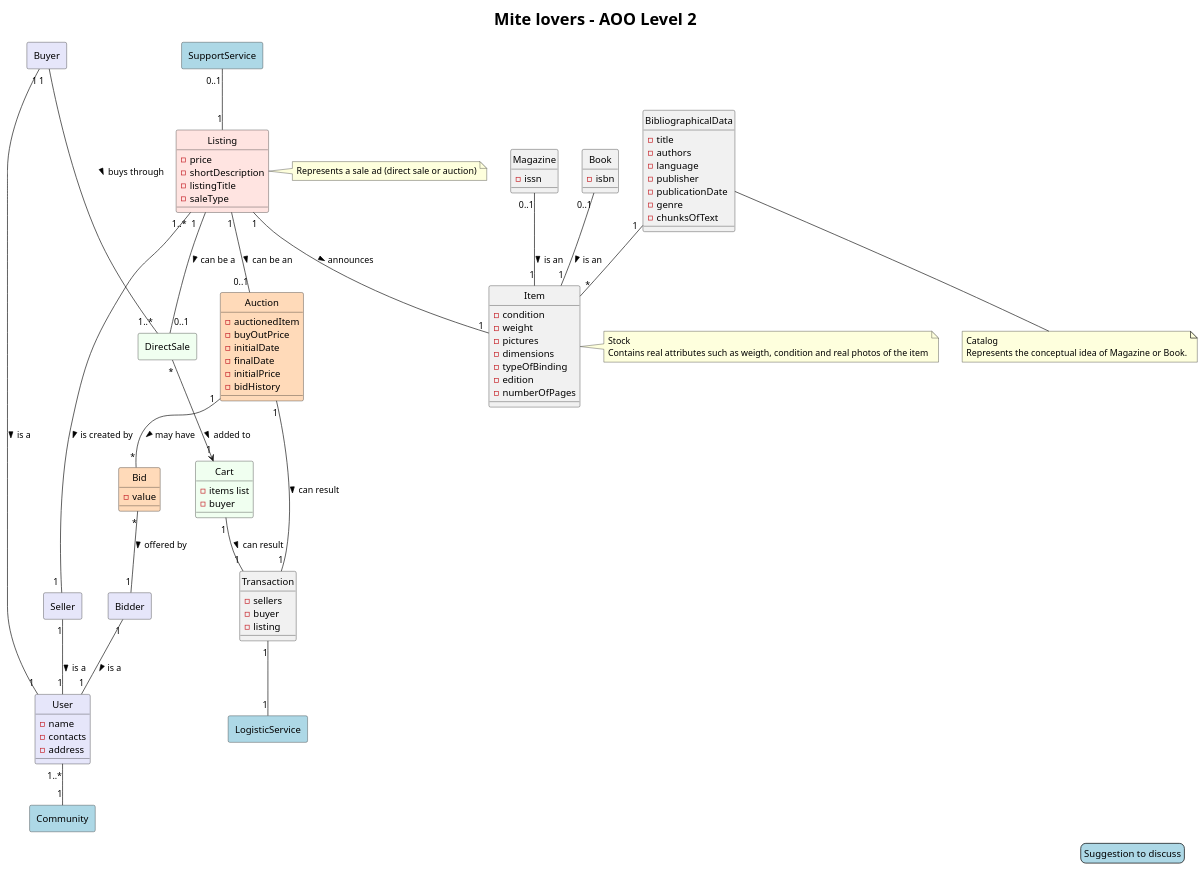
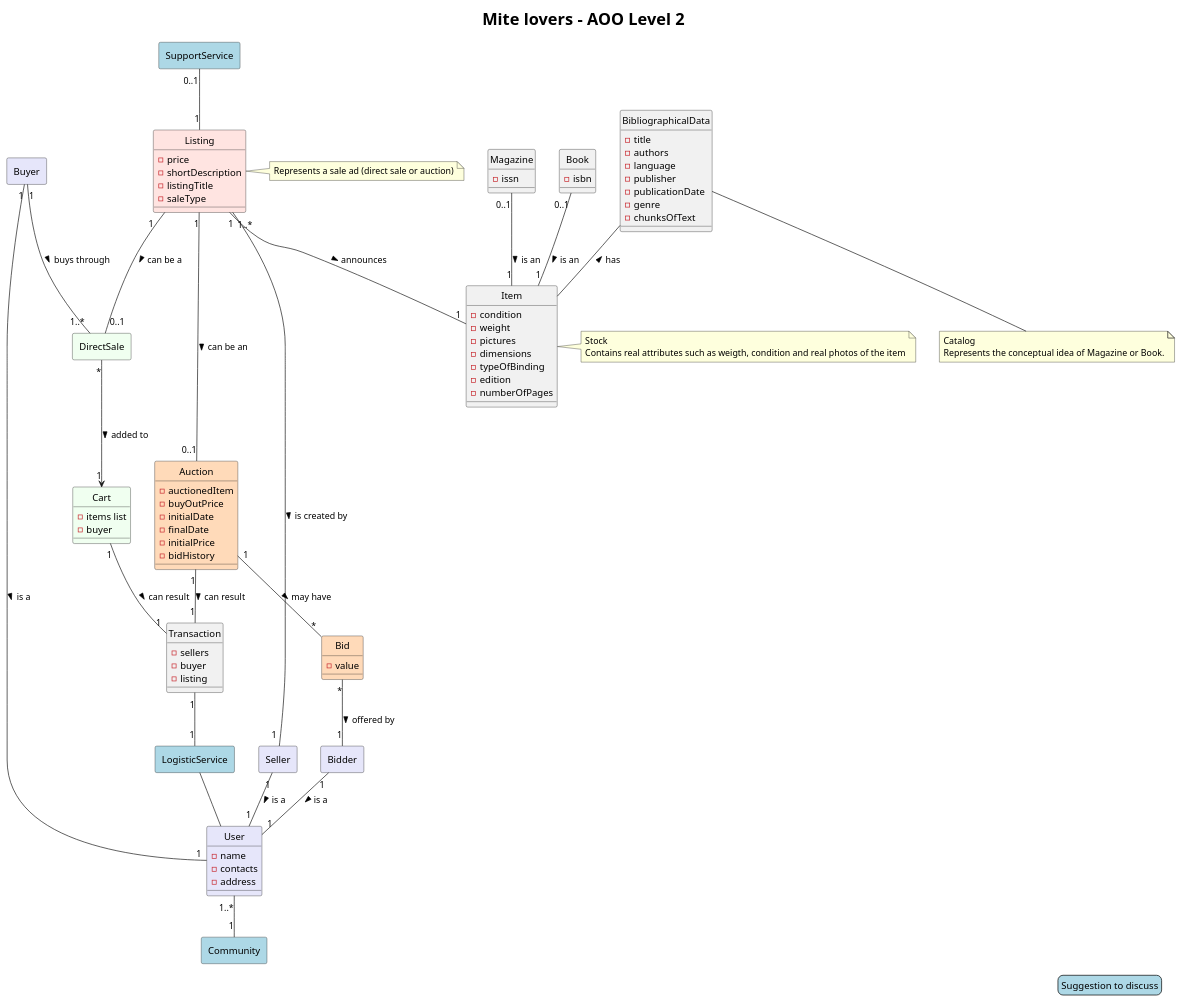
One commit to davidmarqq/MainProject_SWitCH changed the diagram in DomainModel/AOO_Level2.puml. Above: the diagram before and after it, drawn with PlantUML. The commit also changed 3 other files, not shown here.

```diff
--- a/DomainModel/AOO_Level2.puml
+++ b/DomainModel/AOO_Level2.puml
@@ -1,157 +1,159 @@
 @startuml
 'https://plantuml.com/class-diagram
 hide circle
 title Mite lovers - AOO Level 2
 skinparam title {
   FontSize 24
 }
 
 skinparam legend {
   BackgroundColor LightBlue
   FontSize 14
 }
 
 legend right
  Suggestion to discuss
 end legend
 
 /' ------- Listing --------- '/
 
 Listing "1" -- "0..1" Auction : > can be an
 Listing "1   " -- "0..1   " DirectSale : > can be a
 Listing "1..*" -- "       1" Seller : > is created by
 Listing "1" -- "1" Item : > announces
 
 
 
 /' ------- Product --------- '/
 together {
 
 
 Magazine "0..1" -- "1" Item : > is an
 Book "0..1" -- "1" Item : > is an
-BibliographicalData "1" -- "*" Item
+/'BibliographicalData "1" - "*" Item'/
+Item --- BibliographicalData : > has
 
 }
 /' ------- Direct Sale -------- '/
 
-Buyer "1  " --- "1..*" DirectSale : > buys through
+Buyer "1  " -- "1..*" DirectSale : > buys through
 Cart "1" -- "1" Transaction : > can result
 DirectSale "*" --> "1" Cart : > added to
 
 /' ------- Auction ------ '/
 together {
 Auction "1" -- "*" Bid : > may have
 Auction "1" -- "1" Transaction : > can result
 Bid "*" -- "1" Bidder : > offered by
 }
 /' ------- Users -------- '/
 together {
 Bidder "1"-- "1" User : > is a
 Seller "1" -- "1" User : > is a
 Buyer "1" - "1" User : > is a
 }
 
 /' ----- Community -------'/
 
 User "1..*" -- "1" Community
 Transaction "1" -- "1" LogisticService
 SupportService "0..1" -- "1" Listing
+LogisticService -- User
 
 /' ========== Concepts ============= '/
 
 object Listing #FFE4E1 {
     - price
     - shortDescription
     - listingTitle
     - saleType
 }
 object Auction #FFDAB9 {
     - auctionedItem
     - buyOutPrice
     - initialDate
     - finalDate
     - initialPrice
     - bidHistory
 }
 object Item {
     - condition
     - weight
     - pictures
     - dimensions
     - typeOfBinding
     - edition
     - numberOfPages
 }
 object BibliographicalData {
     - title
     - authors
     - language
     - publisher
     - publicationDate
     - genre
     - chunksOfText
 }
 
 object Bid #FFDAB9 {
     - value
 }
 object Cart #F0FFF0 {
     - items list
     - buyer
 }
 rectangle DirectSale #F0FFF0 {
 }
 object Transaction {
     - sellers
     - buyer
     - listing
 }
 object Book {
     - isbn
 }
 object Magazine{
     - issn
 }
 
 object User #E6E6FA {
     - name
     - contacts
     - address
 }
 rectangle Seller #E6E6FA {
 }
 rectangle Buyer #E6E6FA{
 }
 rectangle Bidder #E6E6FA{
 }
 rectangle SupportService #LightBlue {
 }
 rectangle Community #LightBlue {
 }
 rectangle LogisticService #LightBlue {
 }
 
 /' ========= Notes  ============ '/
 
 note as L
     Represents a sale ad (direct sale or auction)
     end note
 
 Listing -> L
 
 note as N
     Catalog
     Represents the conceptual idea of Magazine or Book.
     end note
 
 BibliographicalData -- N
 
 note as S
     Stock
     Contains real attributes such as weigth, condition and real photos of the item
     end note
 
 Item - S
 
 @enduml
```
